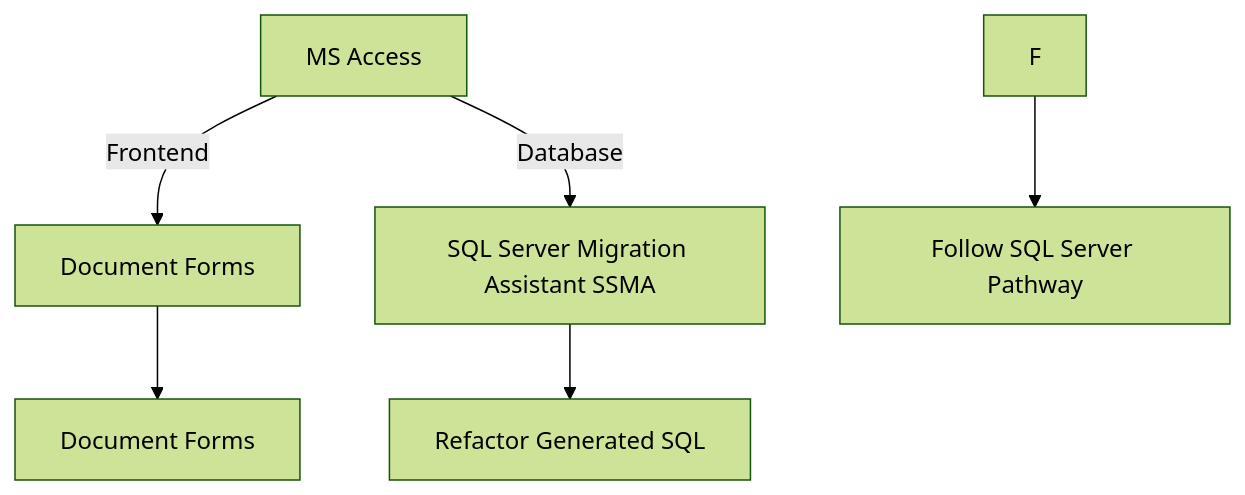
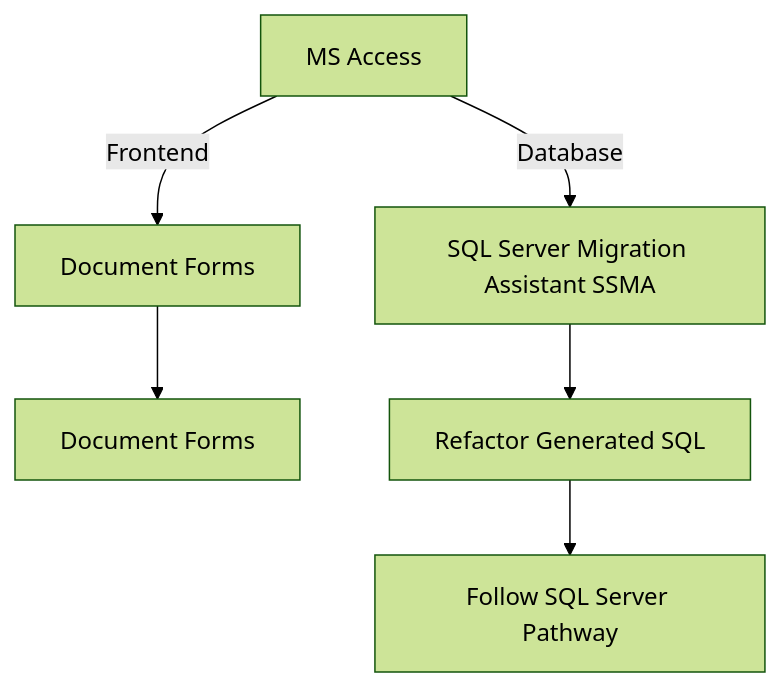
One commit to DEFRA/defra-ai-legacy-modernisation changed the diagram in playbook/pages/pathways/ms-access/README.md. Above: the diagram before and after it, drawn with Mermaid (forest theme). The commit also changed 8 other files, not shown here.

Commit message:
Update SQL Server pathway

````diff
--- a/playbook/pages/pathways/ms-access/README.md
+++ b/playbook/pages/pathways/ms-access/README.md
@@ -12,8 +12,8 @@
-```mermaid
+<pre class="mermaid">
 graph TD
     A[MS Access] -->|Frontend| B[Document Forms]
     B --> C[Document Forms]
     A -->|Database| D[SQL Server Migration Assistant SSMA]
     D --> E[Refactor Generated SQL]
-    F --> G[Follow SQL Server Pathway]
-```
+    E --> F[Follow SQL Server Pathway]
+</pre>
````
